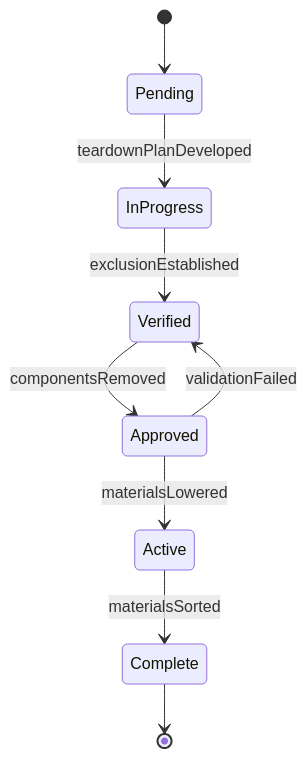
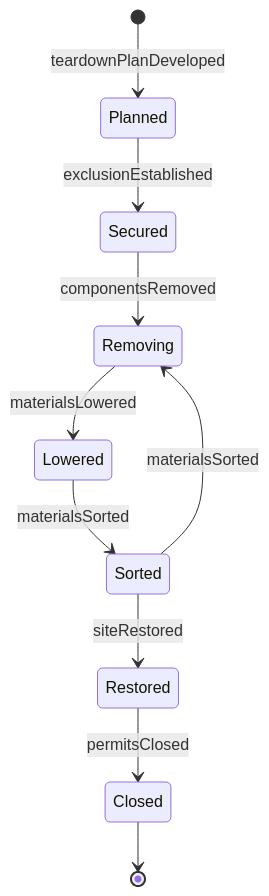
Before and after one commit to dot-org-ai/tasks.org.ai: the second of 4 diagrams in HandlingAndMovingObjects/DisassembleEquipment/DismantleEquipmentTemporaryStructures.mdx, drawn with Mermaid. The commit also changed other lines of this file and 515 other files, not shown here.

````diff
--- a/HandlingAndMovingObjects/DisassembleEquipment/DismantleEquipmentTemporaryStructures.mdx
+++ b/HandlingAndMovingObjects/DisassembleEquipment/DismantleEquipmentTemporaryStructures.mdx
@@ -100,11 +101,12 @@
 ```mermaid
 stateDiagram-v2
-    [*] --> Pending
-    Pending --> InProgress : teardownPlanDeveloped
-    InProgress --> Verified : exclusionEstablished
-    Verified --> Approved : componentsRemoved
-    Approved --> Active : materialsLowered
-    Active --> Complete : materialsSorted
-    Approved --> Verified : validationFailed
-    Complete --> [*]
+    [*] --> Planned : teardownPlanDeveloped
+    Planned --> Secured : exclusionEstablished
+    Secured --> Removing : componentsRemoved
+    Removing --> Lowered : materialsLowered
+    Lowered --> Sorted : materialsSorted
+    Sorted --> Restored : siteRestored
+    Restored --> Closed : permitsClosed
+    Sorted --> Removing : materialsSorted
+    Closed --> [*]
 ```
````
